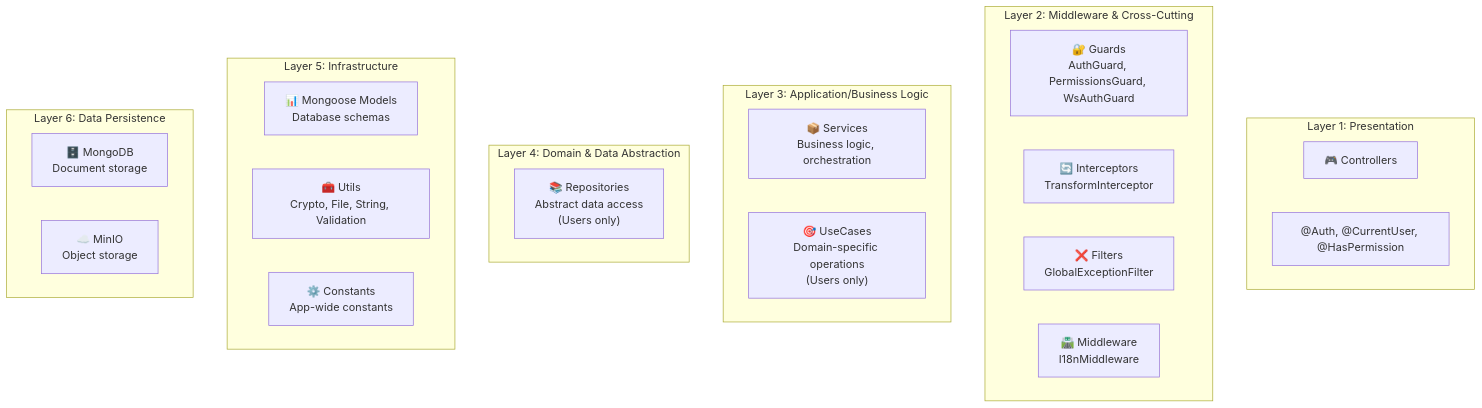
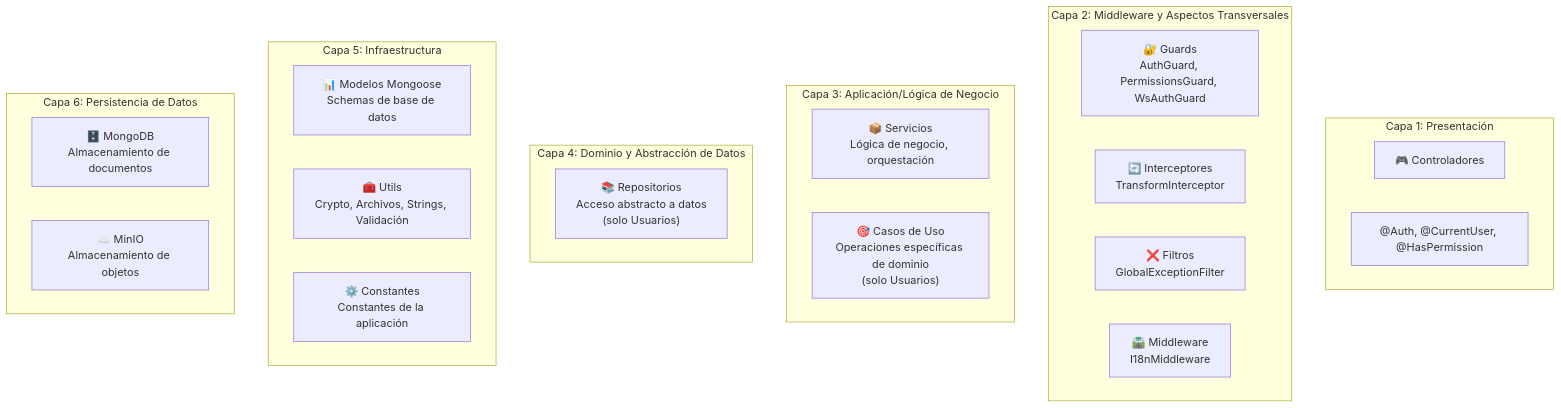
One commit to Byroncl/laboratory-reviews changed the first of 6 diagrams in docs-post-message/docs/backend/architecture/layers.md. Above: the diagram before and after it, drawn with Mermaid. The commit also changed other lines of this file and 17 other files, not shown here.

Commit message:
refactor: implement clean architecture patterns with domains, repositories, use cases, constants, and comprehensive tests

````diff
--- a/docs-post-message/docs/backend/architecture/layers.md
+++ b/docs-post-message/docs/backend/architecture/layers.md
@@ -13,34 +13,34 @@
 ```mermaid
 graph TB
-    subgraph "Layer 1: Presentation"
-        Controllers["🎮 Controllers"]
+    subgraph "Capa 1: Presentación"
+        Controllers["🎮 Controladores"]
         Decorators["@Auth, @CurrentUser, @HasPermission"]
     end
     
-    subgraph "Layer 2: Middleware & Cross-Cutting"
+    subgraph "Capa 2: Middleware y Aspectos Transversales"
         Guards["🔐 Guards<br/>AuthGuard, PermissionsGuard, WsAuthGuard"]
-        Interceptors["🔄 Interceptors<br/>TransformInterceptor"]
-        Filters["❌ Filters<br/>GlobalExceptionFilter"]
+        Interceptors["🔄 Interceptores<br/>TransformInterceptor"]
+        Filters["❌ Filtros<br/>GlobalExceptionFilter"]
         Middleware["🛣️ Middleware<br/>I18nMiddleware"]
     end
     
-    subgraph "Layer 3: Application/Business Logic"
-        Services["📦 Services<br/>Business logic, orchestration"]
-        UseCases["🎯 UseCases<br/>Domain-specific operations<br/>(Users only)"]
+    subgraph "Capa 3: Aplicación/Lógica de Negocio"
+        Services["📦 Servicios<br/>Lógica de negocio, orquestación"]
+        UseCases["🎯 Casos de Uso<br/>Operaciones específicas de dominio<br/>(solo Usuarios)"]
     end
     
-    subgraph "Layer 4: Domain & Data Abstraction"
-        Repositories["📚 Repositories<br/>Abstract data access<br/>(Users only)"]
+    subgraph "Capa 4: Dominio y Abstracción de Datos"
+        Repositories["📚 Repositorios<br/>Acceso abstracto a datos<br/>(solo Usuarios)"]
     end
     
-    subgraph "Layer 5: Infrastructure"
-        Models["📊 Mongoose Models<br/>Database schemas"]
-        Utils["🧰 Utils<br/>Crypto, File, String, Validation"]
-        Constants["⚙️ Constants<br/>App-wide constants"]
+    subgraph "Capa 5: Infraestructura"
+        Models["📊 Modelos Mongoose<br/>Schemas de base de datos"]
+        Utils["🧰 Utils<br/>Crypto, Archivos, Strings, Validación"]
+        Constants["⚙️ Constantes<br/>Constantes de la aplicación"]
     end
     
-    subgraph "Layer 6: Data Persistence"
-        Database["🗄️ MongoDB<br/>Document storage"]
-        Storage["☁️ MinIO<br/>Object storage"]
+    subgraph "Capa 6: Persistencia de Datos"
+        Database["🗄️ MongoDB<br/>Almacenamiento de documentos"]
+        Storage["☁️ MinIO<br/>Almacenamiento de objetos"]
     end
 ```
````
